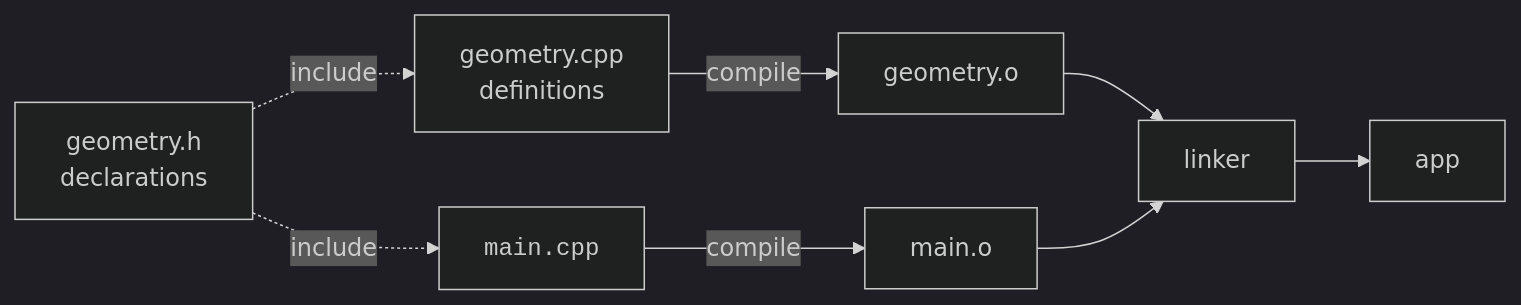
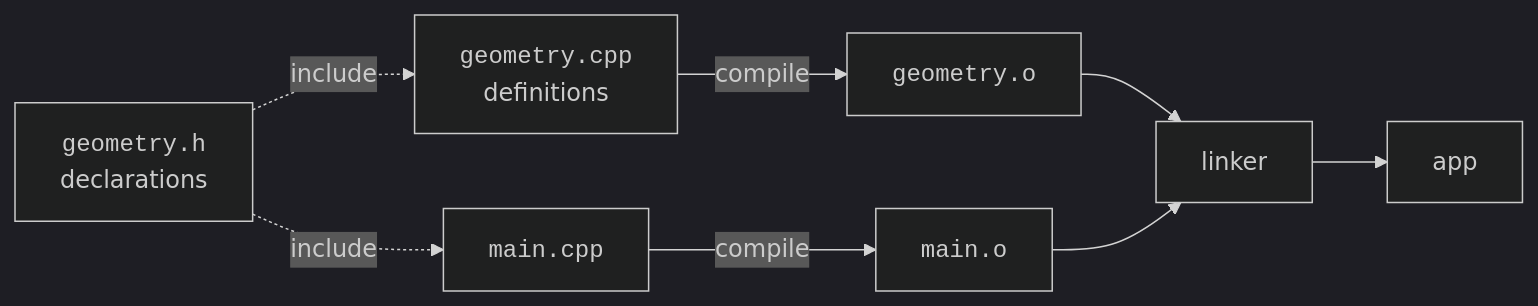
One commit to dataslope/dataslope changed the diagram in content/learn/from-zero-to-cpp/building-maintainable-software.mdx. Above: the diagram before and after it, drawn with Mermaid (dark theme). The commit also changed 100 other files, not shown here.

First line of the commit message:
Wrap more code in diagram labels: filenames, hex, assignments, subgraph titles

````diff
--- a/content/learn/from-zero-to-cpp/building-maintainable-software.mdx
+++ b/content/learn/from-zero-to-cpp/building-maintainable-software.mdx
@@ -50,12 +50,12 @@
 ```mermaid
 flowchart LR
-    H1[geometry.h<br/>declarations]
-    C1[geometry.cpp<br/>definitions]
+    H1["<code>geometry.h</code><br/>declarations"]
+    C1["<code>geometry.cpp</code><br/>definitions"]
     M["<code>main.cpp</code>"]
     H1 -. include .-> M
     H1 -. include .-> C1
-    C1 -- compile --> O1[geometry.o]
-    M  -- compile --> OM[main.o]
+    C1 -- compile --> O1["<code>geometry.o</code>"]
+    M  -- compile --> OM["<code>main.o</code>"]
     O1 --> L[linker] --> APP[app]
     OM --> L
 ```
````
